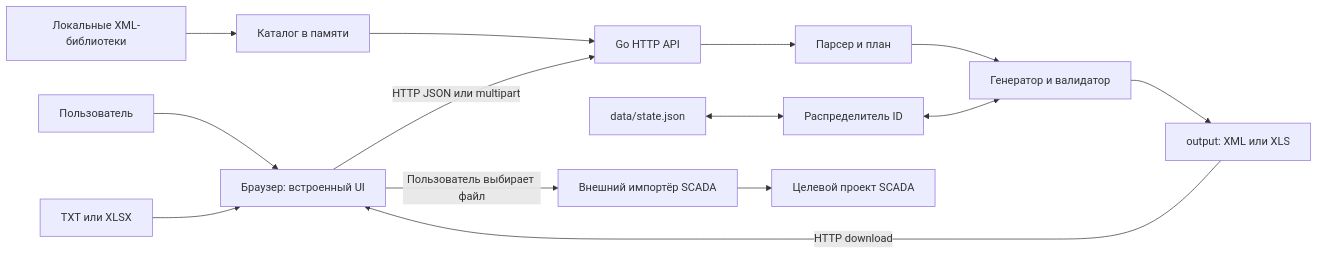
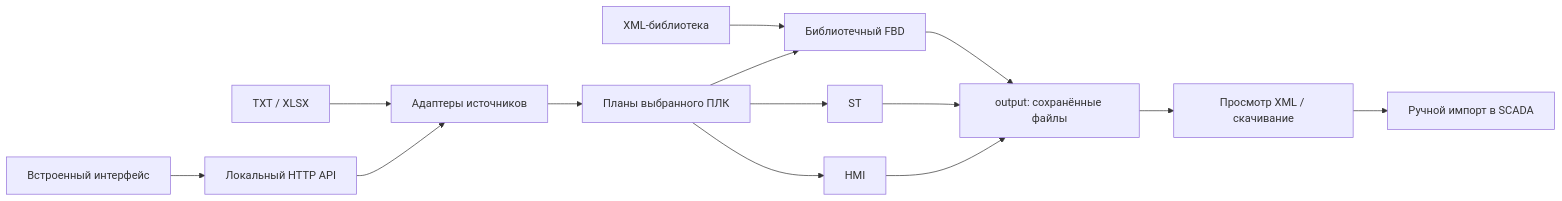
The diagram in docs/02-current-implementation.md (KovalenkoNS/scheme-xml-generator), drawn with Mermaid before and after one commit. The commit also changed other lines of this file and 543 other files, not shown here.

````diff
--- a/docs/02-current-implementation.md
+++ b/docs/02-current-implementation.md
@@ -33,16 +25,16 @@
 ```mermaid
 flowchart LR
-    User[Пользователь] --> Browser[Браузер: встроенный UI]
-    Browser -->|HTTP JSON или multipart| API[Go HTTP API]
-    Lib[Локальные XML-библиотеки] --> Repo[Каталог в памяти]
-    Repo --> API
-    Input[TXT или XLSX] --> Browser
-    API --> Parse[Парсер и план]
-    Parse --> Gen[Генератор и валидатор]
-    IDs[data/state.json] <--> Alloc[Распределитель ID]
-    Alloc <--> Gen
-    Gen --> Files[output: XML или XLS]
-    Files -->|HTTP download| Browser
-    Browser -->|Пользователь выбирает файл| Import[Внешний импортёр SCADA]
-    Import --> Project[Целевой проект SCADA]
+    UI[Встроенный интерфейс] --> API[Локальный HTTP API]
+    Files[TXT / XLSX] --> Parse[Адаптеры источников]
+    API --> Parse
+    Parse --> Plans[Планы выбранного ПЛК]
+    Library[XML-библиотека] --> FBD[Библиотечный FBD]
+    Plans --> FBD
+    Plans --> ST[ST]
+    Plans --> HMI[HMI]
+    FBD --> Out[output: сохранённые файлы]
+    ST --> Out
+    HMI --> Out
+    Out --> Viewer[Просмотр XML / скачивание]
+    Viewer --> Import[Ручной импорт в SCADA]
 ```
````
